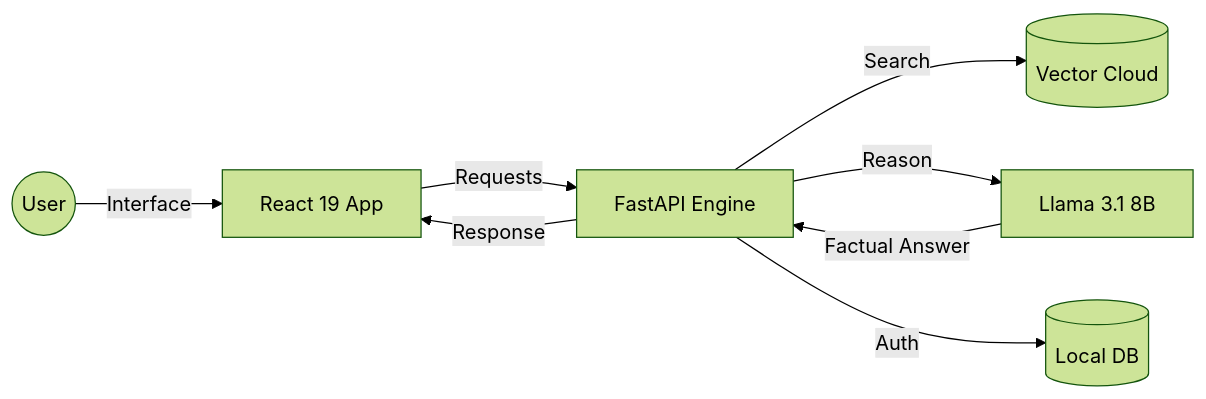
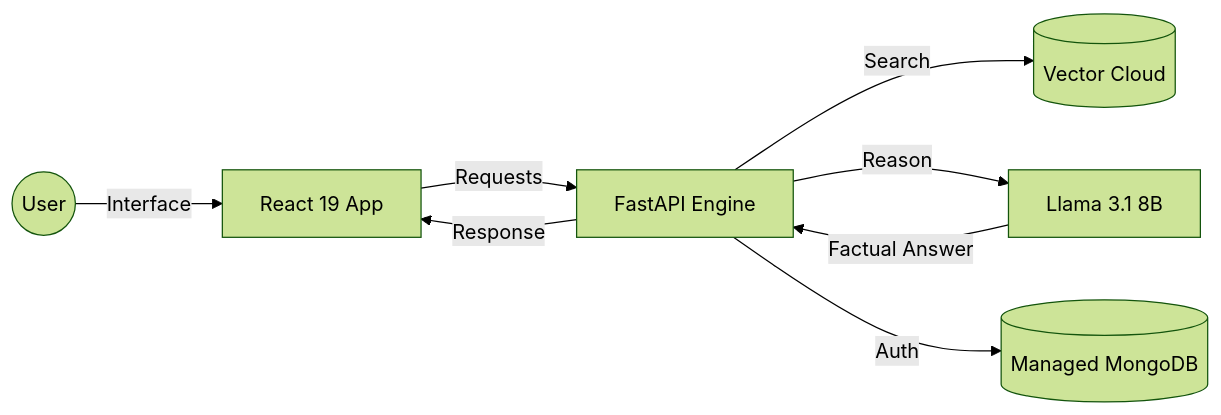
One commit to CodeWithBasu/Rag-Bot changed the diagram in readme.md. Above: the diagram before and after it, drawn with Mermaid (forest theme). The commit also changed other lines of this file and 10 other files, not shown here.

First line of the commit message:
🚀 Major Architecture Upgrade: SQLite to MongoDB Migration.

````diff
--- a/readme.md
+++ b/readme.md
@@ -68,10 +69,10 @@
 ```mermaid
 graph LR
     User((User)) -->|Interface| Frontend[React 19 App]
     Frontend -->|Requests| Backend[FastAPI Engine]
     Backend -->|Search| Pinecone[(Vector Cloud)]
     Backend -->|Reason| GroqLLM[Llama 3.1 8B]
-    Backend -->|Auth| SQLite[(Local DB)]
+    Backend -->|Auth| MongoDB[(Managed MongoDB)]
     GroqLLM -->|Factual Answer| Backend
     Backend -->|Response| Frontend
 ```
````
